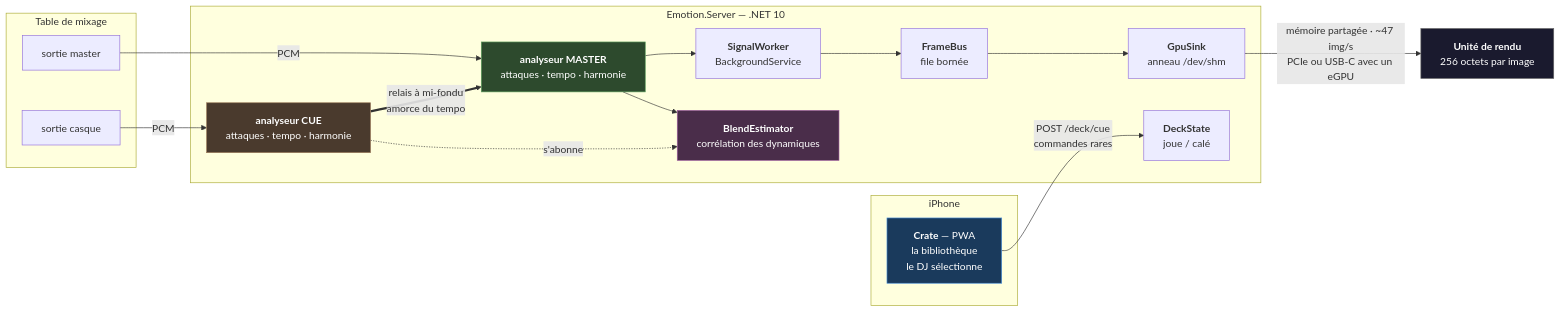
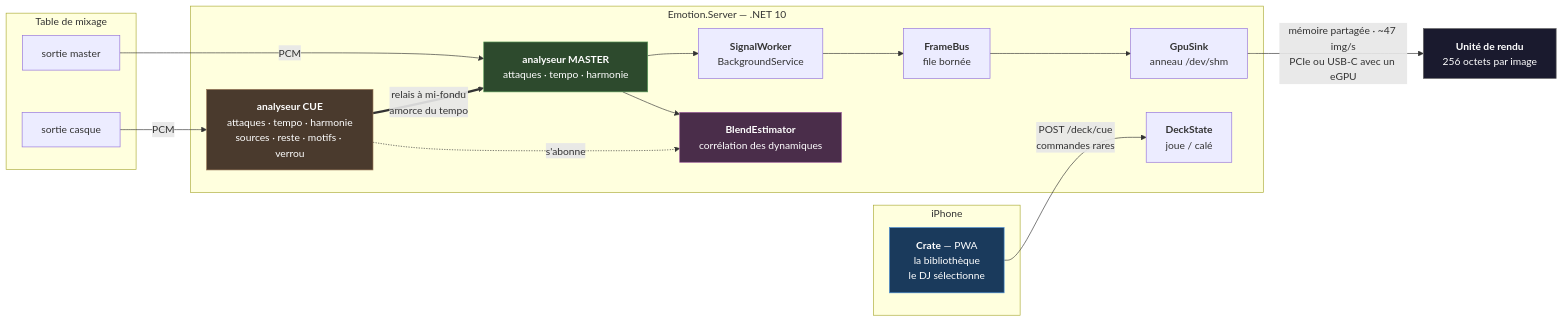
One commit to LiquidSnake0/emotion-emulator changed the third of 8 diagrams in README.md. Above: the diagram before and after it, drawn with Mermaid. The commit also changed other lines of this file and 3 other files, not shown here.

````diff
--- a/README.md
+++ b/README.md
@@ -105,38 +202,38 @@
 ```mermaid
 flowchart LR
     subgraph phone["iPhone"]
         crate["<b>Crate</b> — PWA<br/>la bibliothèque<br/>le DJ sélectionne"]
     end
 
     subgraph table["Table de mixage"]
         master_out["sortie master"]
         cue_out["sortie casque"]
     end
 
     subgraph server["Emotion.Server — .NET 10"]
         deck["<b>DeckState</b><br/>joue / calé"]
         am["<b>analyseur MASTER</b><br/>attaques · tempo · harmonie"]
-        ac["<b>analyseur CUE</b><br/>attaques · tempo · harmonie"]
+        ac["<b>analyseur CUE</b><br/>attaques · tempo · harmonie<br/>sources · reste · motifs · verrou"]
         blend["<b>BlendEstimator</b><br/>corrélation des dynamiques"]
         worker["<b>SignalWorker</b><br/>BackgroundService"]
         bus["<b>FrameBus</b><br/>file bornée"]
         gpu["<b>GpuSink</b><br/>anneau /dev/shm"]
     end
 
     render["<b>Unité de rendu</b><br/>256 octets par image"]
 
     crate -->|"POST /deck/cue<br/>commandes rares"| deck
     master_out -->|PCM| am
     cue_out -->|PCM| ac
     ac -.->|s'abonne| blend
     am --> blend
     ac ==>|"relais à mi-fondu<br/>amorce du tempo"| am
     am --> worker --> bus --> gpu
     gpu -->|"mémoire partagée · ~47 img/s<br/>PCIe ou USB-C avec un eGPU"| render
 
     style crate fill:#1a3a5c,stroke:#4a90d9,color:#fff
     style am fill:#2d4a2d,stroke:#5a9c5a,color:#fff
     style ac fill:#4a3a2d,stroke:#9c7a5a,color:#fff
     style blend fill:#4a2d4a,stroke:#9c5a9c,color:#fff
     style render fill:#1a1a2e,stroke:#666,color:#fff
 ```
````
